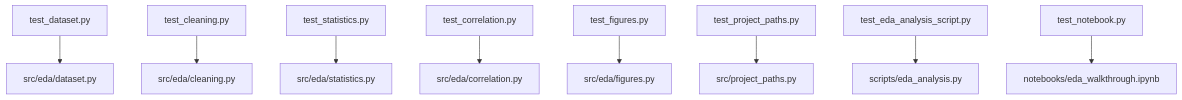
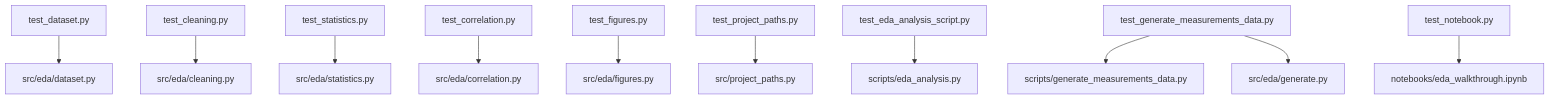
Before and after one commit to docxology/template: the diagram in projects/templates/template_eda_notebook/tests/README.md, drawn with Mermaid. The commit also changed other lines of this file and 14 other files, not shown here.

````diff
--- a/projects/templates/template_eda_notebook/tests/README.md
+++ b/projects/templates/template_eda_notebook/tests/README.md
@@ -37,11 +38,13 @@
 ```mermaid
 graph TD
     DS[test_dataset.py] --> M1[src/eda/dataset.py]
     CL[test_cleaning.py] --> M2[src/eda/cleaning.py]
     ST[test_statistics.py] --> M3[src/eda/statistics.py]
     CO[test_correlation.py] --> M4[src/eda/correlation.py]
     FG[test_figures.py] --> M5[src/eda/figures.py]
     PP[test_project_paths.py] --> M6[src/project_paths.py]
     SC[test_eda_analysis_script.py] --> S1[scripts/eda_analysis.py]
+    GN[test_generate_measurements_data.py] --> S2[scripts/generate_measurements_data.py]
+    GN[test_generate_measurements_data.py] --> M7[src/eda/generate.py]
     NB[test_notebook.py] --> N1[notebooks/eda_walkthrough.ipynb]
 ```
````
